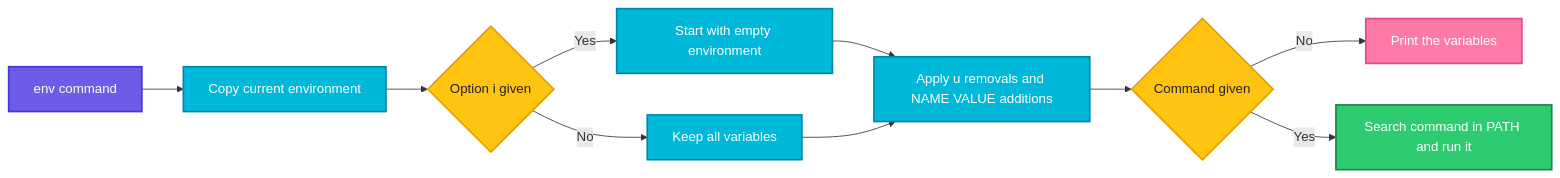
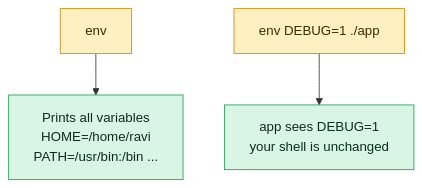
One commit to codeKerdosTech/DevOps-Documentation changed the diagram in linux/shell-basics/env.md. Above: the diagram before and after it, drawn with Mermaid. The commit also changed other lines of this file and 165 other files, not shown here.

Commit message:
updated diagrams in linux

````diff
--- a/linux/shell-basics/env.md
+++ b/linux/shell-basics/env.md
@@ -14,24 +14,12 @@
 ```mermaid
-flowchart LR
-    A[env command] --> B[Copy current environment]
-    B --> C{Option i given}
-    C -->|Yes| D[Start with empty environment]
-    C -->|No| E[Keep all variables]
-    D --> F[Apply u removals and NAME VALUE additions]
-    E --> F
-    F --> G{Command given}
-    G -->|No| H[Print the variables]
-    G -->|Yes| I[Search command in PATH and run it]
-    classDef start fill:#6C5CE7,stroke:#4834D4,stroke-width:2px,color:#fff
-    classDef proc fill:#00B8D9,stroke:#0087A8,stroke-width:2px,color:#fff
-    classDef dec fill:#FFC312,stroke:#E1A100,stroke-width:2px,color:#222
-    classDef ok fill:#2ECC71,stroke:#1E8449,stroke-width:2px,color:#fff
-    classDef err fill:#FF4757,stroke:#C0392B,stroke-width:2px,color:#fff
-    classDef out fill:#FD79A8,stroke:#E84393,stroke-width:2px,color:#fff
-    classDef alt fill:#FF9F43,stroke:#E67E22,stroke-width:2px,color:#fff
-    class A start
-    class B,D,E,F proc
-    class C,G dec
-    class H out
-    class I ok
+flowchart TD
+    c1[env] --> o1[Prints all variables<br/>HOME=/home/ravi<br/>PATH=/usr/bin:/bin ...]
+    c2[env DEBUG=1 ./app] --> o2[app sees DEBUG=1<br/>your shell is unchanged]
+    classDef inp fill:#DCEBFF,stroke:#2F6FDE,color:#10213F
+    classDef cmd fill:#FFF0C2,stroke:#C98A00,color:#3A2A00
+    classDef out fill:#D9F5E3,stroke:#1F9D55,color:#0B2E1A
+    classDef bad fill:#FDE0E0,stroke:#D13B3B,color:#4A0F0F
+    classDef note fill:#ECEFF3,stroke:#7B8794,color:#1F2933
+    class c1,c2 cmd
+    class o1,o2 out
 ```
````
